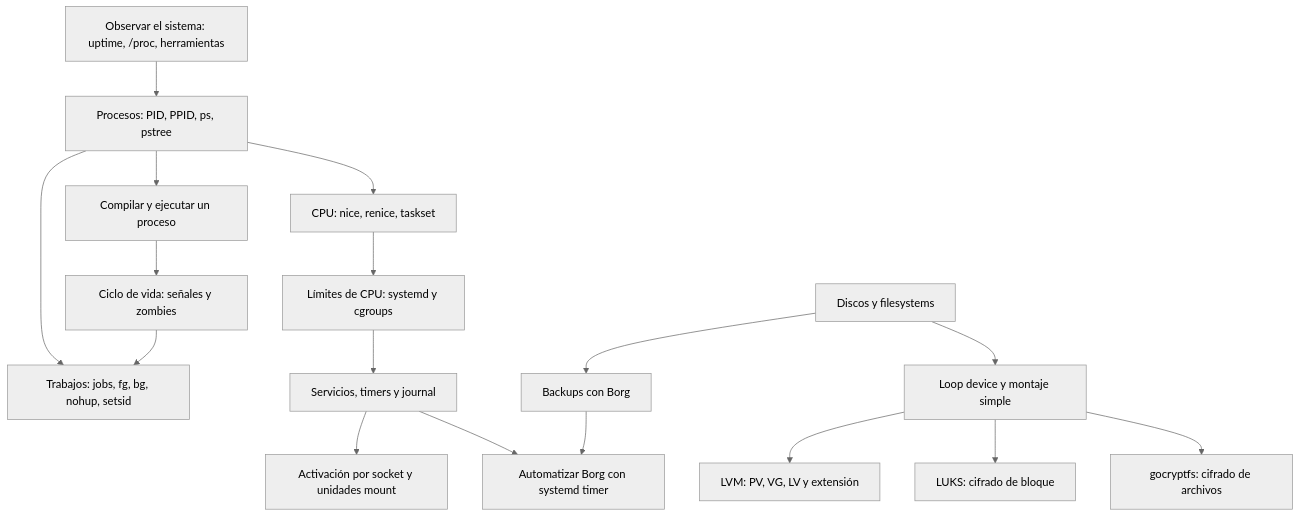
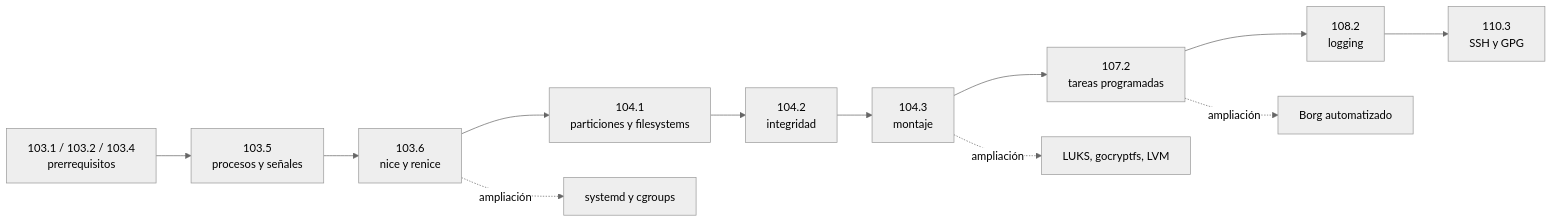
One commit to villadalmine/labs changed the diagram in linux/administrator/orden-temas.md. Above: the diagram before and after it, drawn with Mermaid (neutral theme). The commit also changed other lines of this file and 1 other file, not shown here.

````diff
--- a/linux/administrator/orden-temas.md
+++ b/linux/administrator/orden-temas.md
@@ -7,19 +44,14 @@
 ```mermaid
-flowchart TD
-    A[Observar el sistema: uptime, /proc, herramientas] --> B[Procesos: PID, PPID, ps, pstree]
-    B --> C[Compilar y ejecutar un proceso]
-    C --> D[Ciclo de vida: señales y zombies]
-    B --> E[Trabajos: jobs, fg, bg, nohup, setsid]
-    D --> E
-    B --> F[CPU: nice, renice, taskset]
-    F --> G[Límites de CPU: systemd y cgroups]
-    G --> H[Servicios, timers y journal]
-    H --> I[Activación por socket y unidades mount]
-    J[Discos y filesystems] --> K[Loop device y montaje simple]
-    K --> L[LVM: PV, VG, LV y extensión]
-    K --> M[LUKS: cifrado de bloque]
-    J --> N[Backups con Borg]
-    H --> O[Automatizar Borg con systemd timer]
-    N --> O
-    K --> P[gocryptfs: cifrado de archivos]
+flowchart LR
+    P[103.1 / 103.2 / 103.4<br/>prerrequisitos] --> A[103.5<br/>procesos y señales]
+    A --> B[103.6<br/>nice y renice]
+    B --> C[104.1<br/>particiones y filesystems]
+    C --> D[104.2<br/>integridad]
+    D --> E[104.3<br/>montaje]
+    E --> F[107.2<br/>tareas programadas]
+    F --> G[108.2<br/>logging]
+    G --> H[110.3<br/>SSH y GPG]
+    B -. ampliación .-> X[systemd y cgroups]
+    E -. ampliación .-> Y[LUKS, gocryptfs, LVM]
+    F -. ampliación .-> Z[Borg automatizado]
 ```
````
